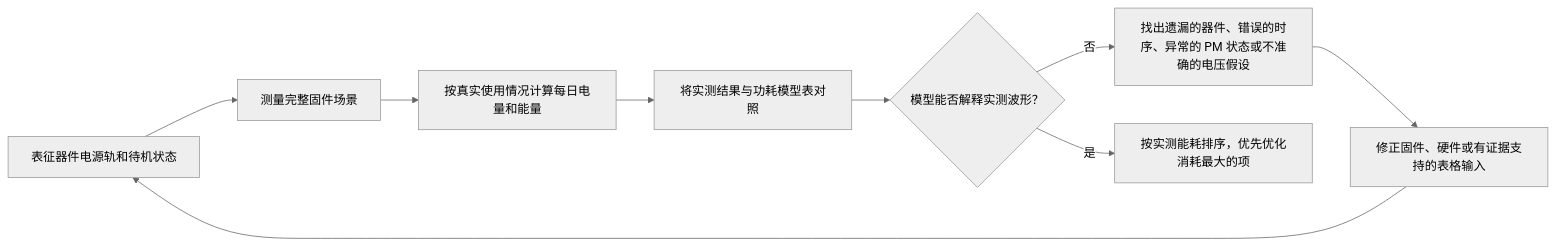
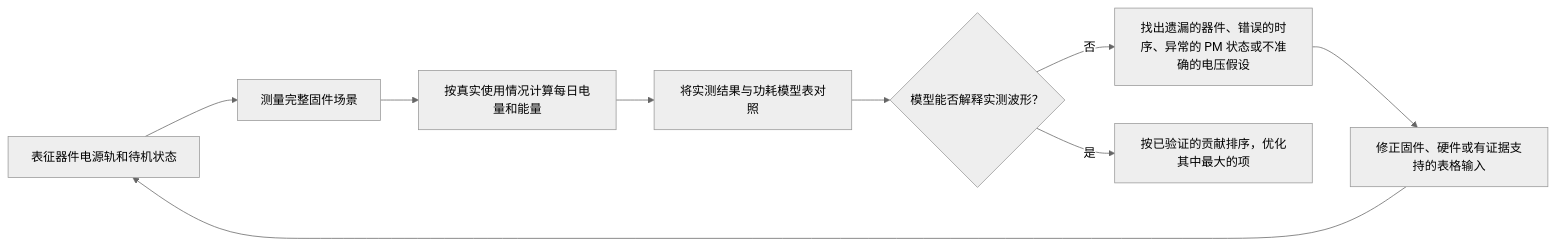
One commit to uForge-io/uforge-site changed the diagram in docs_zh/learn/low-power/measurement-and-validation.md. Above: the diagram before and after it, drawn with Mermaid (neutral theme). The commit also changed other lines of this file and 1953 other files, not shown here.

````diff
--- a/docs_zh/learn/low-power/measurement-and-validation.md
+++ b/docs_zh/learn/low-power/measurement-and-validation.md
@@ -130,11 +130,11 @@
 ```mermaid
 flowchart LR
     A["表征器件电源轨和待机状态"] --> B["测量完整固件场景"]
     B --> C["按真实使用情况计算每日电量和能量"]
     C --> D["将实测结果与功耗模型表对照"]
     D --> E{"模型能否解释实测波形？"}
     E -- "否" --> F["找出遗漏的器件、错误的时序、异常的 PM 状态或不准确的电压假设"]
     F --> G["修正固件、硬件或有证据支持的表格输入"]
     G --> A
-    E -- "是" --> H["按实测能耗排序，优先优化消耗最大的项"]
+    E -- "是" --> H["按已验证的贡献排序，优化其中最大的项"]
 ```
````
